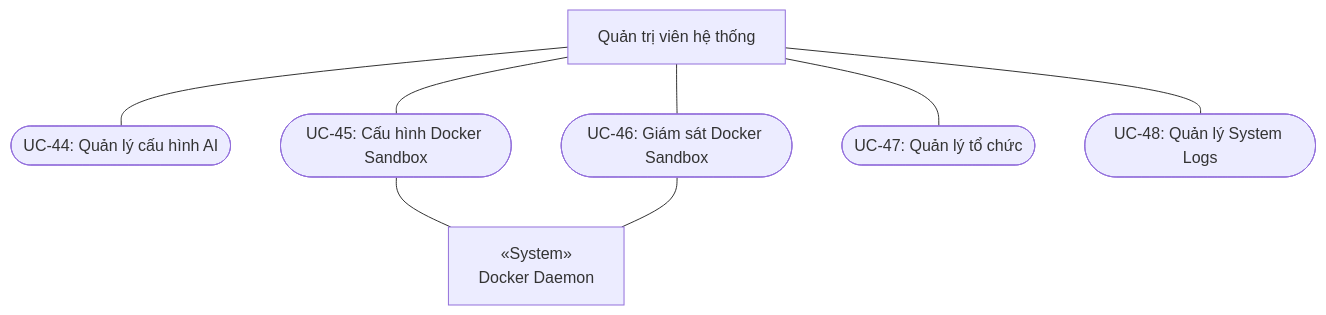
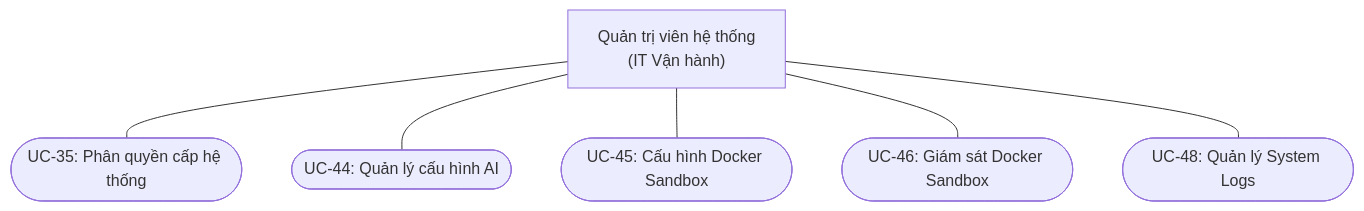
One commit to minhthuy70/ai-coding-tutor changed the sixth of 7 diagrams in docs/USE_CASE_DIAGRAMS.md. Above: the diagram before and after it, drawn with Mermaid. The commit also changed other lines of this file and 6 other files, not shown here.

````diff
--- a/docs/USE_CASE_DIAGRAMS.md
+++ b/docs/USE_CASE_DIAGRAMS.md
@@ -200,23 +197,19 @@
 ```mermaid
 flowchart TB
     %% Actors
-    SuperAdmin["Quản trị viên hệ thống"]
-    DockerDaemon["«System»\nDocker Daemon"]
+    QuanTriVienHeThong["Quản trị viên hệ thống\n(IT Vận hành)"]
 
     %% Use Cases
+    UC35(["UC-35: Phân quyền cấp hệ thống"])
     UC44(["UC-44: Quản lý cấu hình AI"])
     UC45(["UC-45: Cấu hình Docker Sandbox"])
     UC46(["UC-46: Giám sát Docker Sandbox"])
-    UC47(["UC-47: Quản lý tổ chức"])
     UC48(["UC-48: Quản lý System Logs"])
 
     %% Associations
-    SuperAdmin --- UC44
-    SuperAdmin --- UC45
-    SuperAdmin --- UC46
-    SuperAdmin --- UC47
-    SuperAdmin --- UC48
-
-    UC45 --- DockerDaemon
-    UC46 --- DockerDaemon
+    QuanTriVienHeThong --- UC35
+    QuanTriVienHeThong --- UC44
+    QuanTriVienHeThong --- UC45
+    QuanTriVienHeThong --- UC46
+    QuanTriVienHeThong --- UC48
 ```
````
